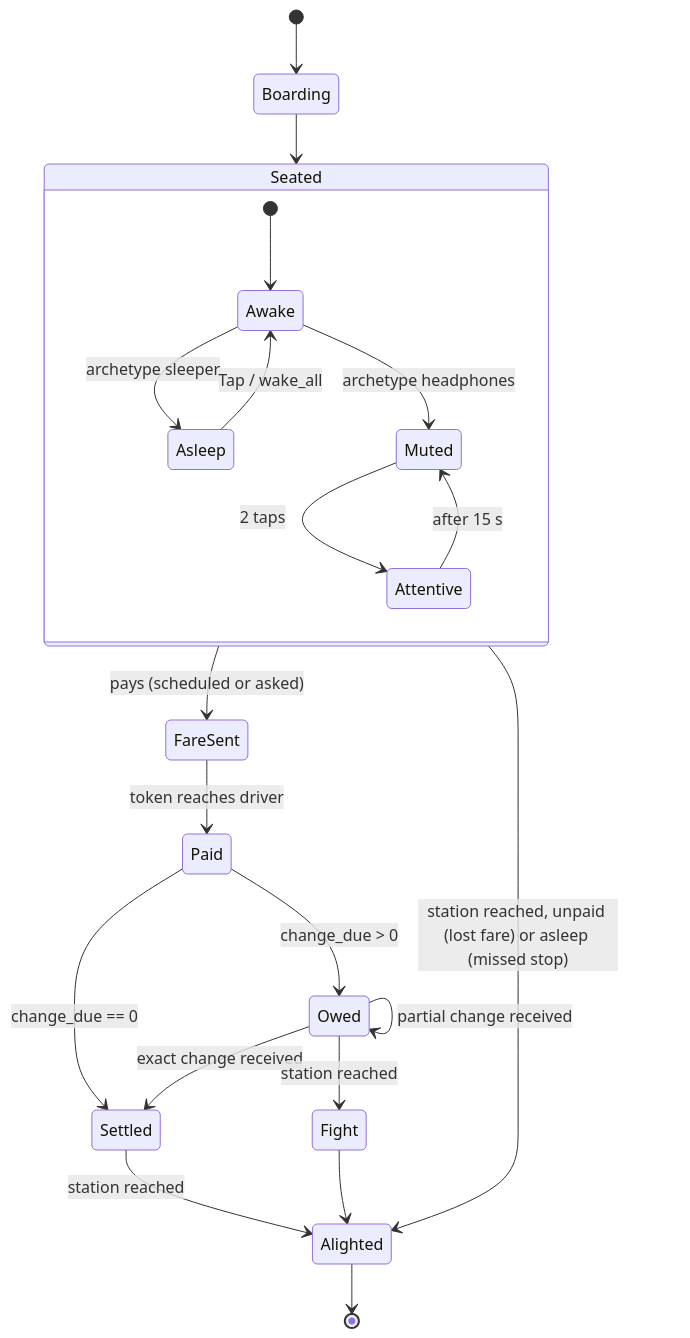
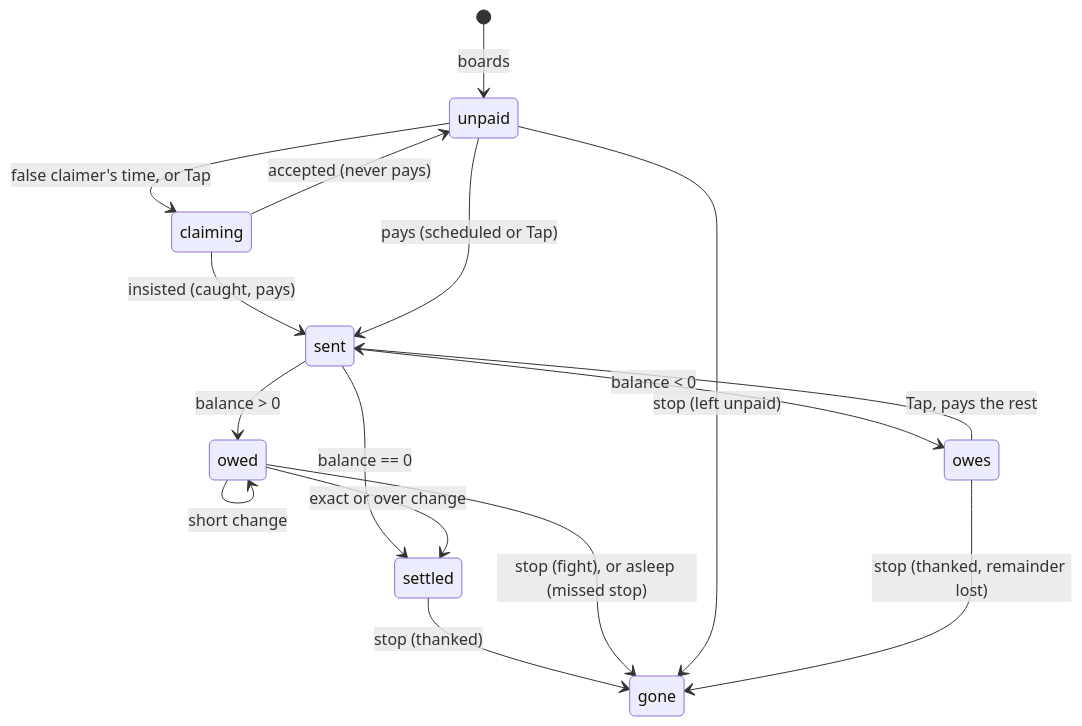
The fourth of 4 diagrams in docs/architecture-mobile.md (AhmedSaied94/wasal_ogra), drawn with Mermaid before and after one commit. The commit also changed other lines of this file and 270 other files, not shown here.

````diff
--- a/docs/architecture-mobile.md
+++ b/docs/architecture-mobile.md
@@ -294,24 +331,18 @@
 ```mermaid
 stateDiagram-v2
-  [*] --> Boarding
-  Boarding --> Seated
-  state Seated {
-    [*] --> Awake
-    Awake --> Asleep : archetype sleeper
-    Asleep --> Awake : Tap / wake_all
-    Awake --> Muted : archetype headphones
-    Muted --> Attentive : 2 taps
-    Attentive --> Muted : after 15 s
-  }
-  Seated --> FareSent : pays (scheduled or asked)
-  FareSent --> Paid : token reaches driver
-  Paid --> Owed : change_due > 0
-  Paid --> Settled : change_due == 0
-  Owed --> Settled : exact change received
-  Owed --> Owed : partial change received
-  Settled --> Alighted : station reached
-  Owed --> Fight : station reached
-  Fight --> Alighted
-  Seated --> Alighted : station reached, unpaid (lost fare) or asleep (missed stop)
-  Alighted --> [*]
+  [*] --> unpaid : boards
+  unpaid --> claiming : false claimer's time, or Tap
+  claiming --> unpaid : accepted (never pays)
+  claiming --> sent : insisted (caught, pays)
+  unpaid --> sent : pays (scheduled or Tap)
+  sent --> owed : balance > 0
+  sent --> settled : balance == 0
+  sent --> owes : balance < 0
+  owes --> sent : Tap, pays the rest
+  owed --> owed : short change
+  owed --> settled : exact or over change
+  settled --> gone : stop (thanked)
+  owed --> gone : stop (fight), or asleep (missed stop)
+  unpaid --> gone : stop (left unpaid)
+  owes --> gone : stop (thanked, remainder lost)
 ```
````
